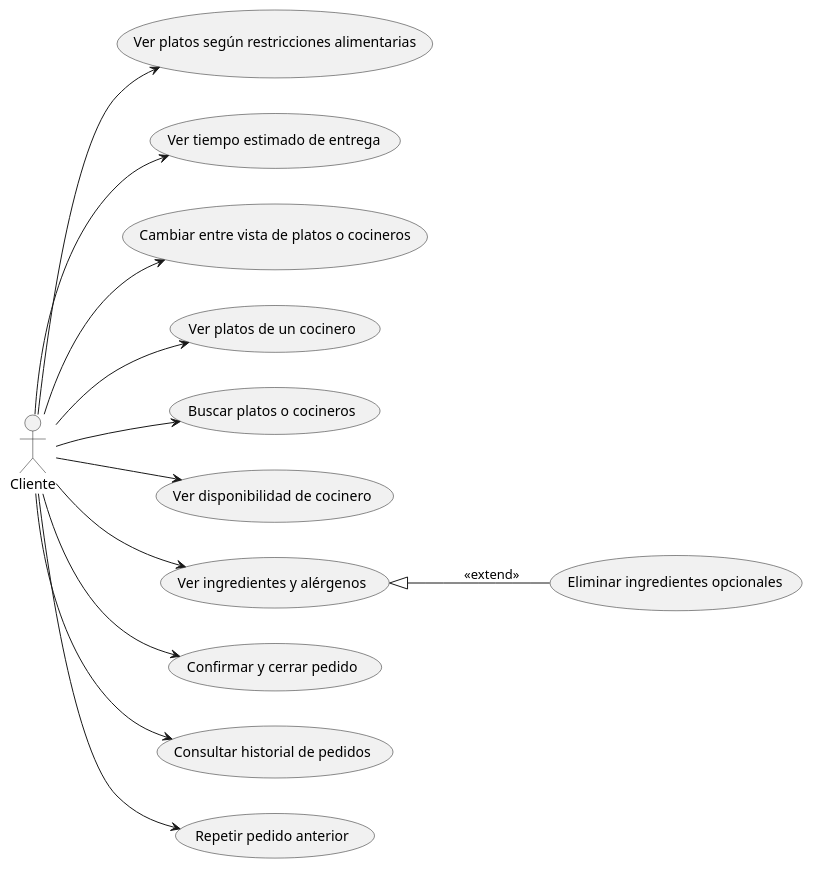
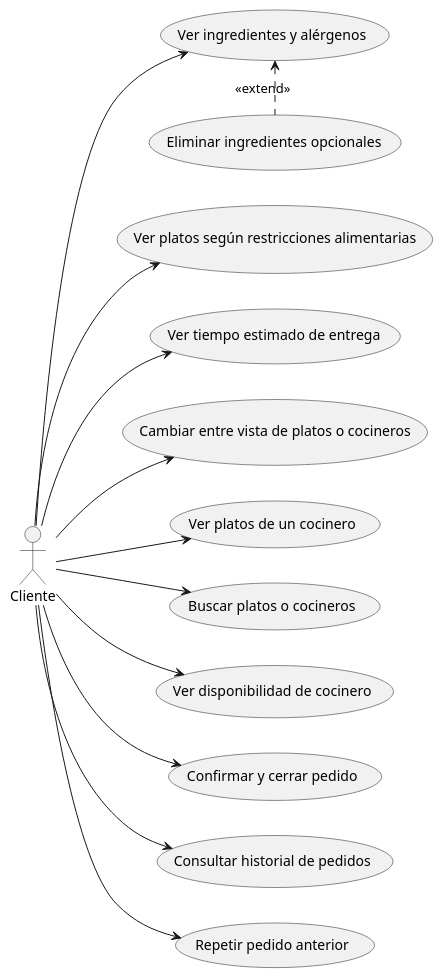
Before and after one commit to dabien3/ES25UAB-511-05: the diagram in documents/Diagrames Casos d'Us/Code Plantuml/code_bloq2.pUML, drawn with PlantUML. The commit also changed 7 other files, not shown here.

```diff
--- a/documents/Diagrames Casos d'Us/Code Plantuml/code_bloq2.pUML
+++ b/documents/Diagrames Casos d'Us/Code Plantuml/code_bloq2.pUML
@@ -1,33 +1,33 @@
 @startuml
 left to right direction
 
 actor Cliente
 
 usecase "Ver platos según restricciones alimentarias" as VerPlatosRestricciones
 usecase "Ver tiempo estimado de entrega" as VerTiempoEntrega
 usecase "Cambiar entre vista de platos o cocineros" as CambiarVista
 usecase "Ver platos de un cocinero" as VerPlatosCocinero
 usecase "Buscar platos o cocineros" as Buscar
 usecase "Ver disponibilidad de cocinero" as DisponibilidadCocinero
 usecase "Ver ingredientes y alérgenos" as VerIngredientes
 usecase "Eliminar ingredientes opcionales" as EliminarIngredientes
 usecase "Confirmar y cerrar pedido" as ConfirmarPedido
 usecase "Consultar historial de pedidos" as HistorialPedidos
 usecase "Repetir pedido anterior" as RepetirPedido
 
 
 Cliente --> VerPlatosRestricciones
 Cliente --> VerTiempoEntrega
 Cliente --> CambiarVista
 Cliente --> VerPlatosCocinero
 Cliente --> Buscar
 Cliente --> DisponibilidadCocinero
 Cliente --> VerIngredientes
 Cliente --> ConfirmarPedido
 Cliente --> HistorialPedidos
 Cliente --> RepetirPedido
 
-VerIngredientes <|-- EliminarIngredientes : <<extend>>
+VerIngredientes <. EliminarIngredientes : <<extend>>
 
 
 @enduml
```
